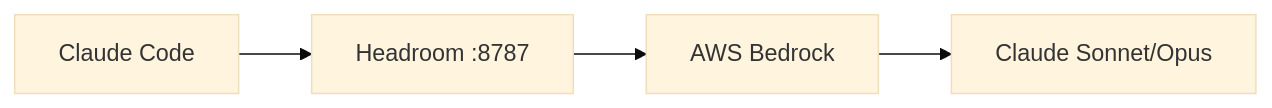
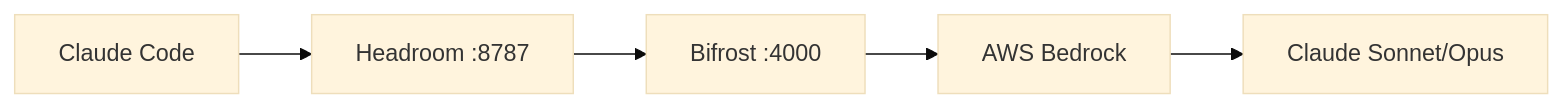
Before and after one commit to geronimo-iia/claude-local-stack: the second of 2 diagrams in README.md, drawn with Mermaid (base theme). The commit also changed other lines of this file and 4 other files, not shown here.

````diff
--- a/README.md
+++ b/README.md
@@ -37,6 +37,7 @@
 ```mermaid
 flowchart LR
     CC[Claude Code] --> H[Headroom :8787]
-    H --> B[AWS Bedrock]
-    B --> Claude[Claude Sonnet/Opus]
+    H --> B[Bifrost :4000]
+    B --> BK[AWS Bedrock]
+    BK --> Claude[Claude Sonnet/Opus]
 ```
````
